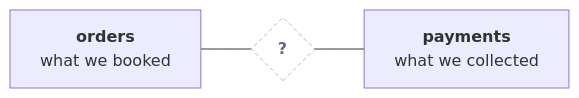
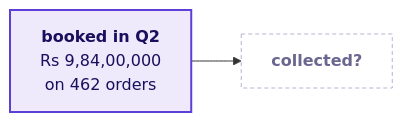
One commit to fde-academy-lab/c2-content-factory changed the eighth of 8 diagrams in content/W02/D1/slides/C2_W02_D01_half2_STUDENT.md. Above: the diagram before and after it, drawn with Mermaid. The commit also changed other lines of this file and 3 other files, not shown here.

````diff
--- a/content/W02/D1/slides/C2_W02_D01_half2_STUDENT.md
+++ b/content/W02/D1/slides/C2_W02_D01_half2_STUDENT.md
@@ -295,6 +558,8 @@
 ```mermaid
 flowchart LR
-    O["<b>orders</b><br/>what we booked"] --- Q{"<b>?</b>"} --- P["<b>payments</b><br/>what we collected"]
+    B["<b>booked in Q2</b><br/>Rs 9,84,00,000<br/>on 462 orders"] --> Q["<b>collected?</b>"]
+    classDef known fill:#EEEAFB,stroke:#5B3FD6,color:#1A0F5C,stroke-width:2px
     classDef unknown fill:#FFFFFF,stroke:#B8B2D6,color:#6B6690,stroke-dasharray:4 3
+    class B known
     class Q unknown
 ```
````
